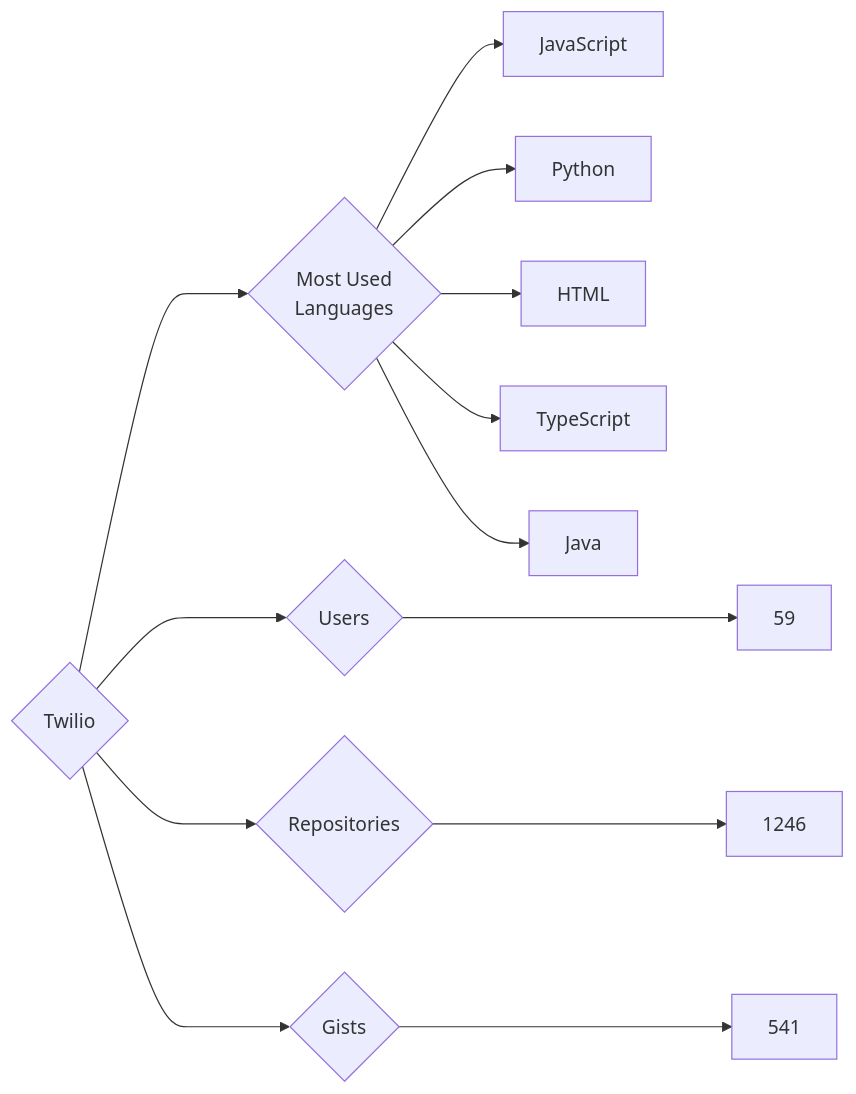
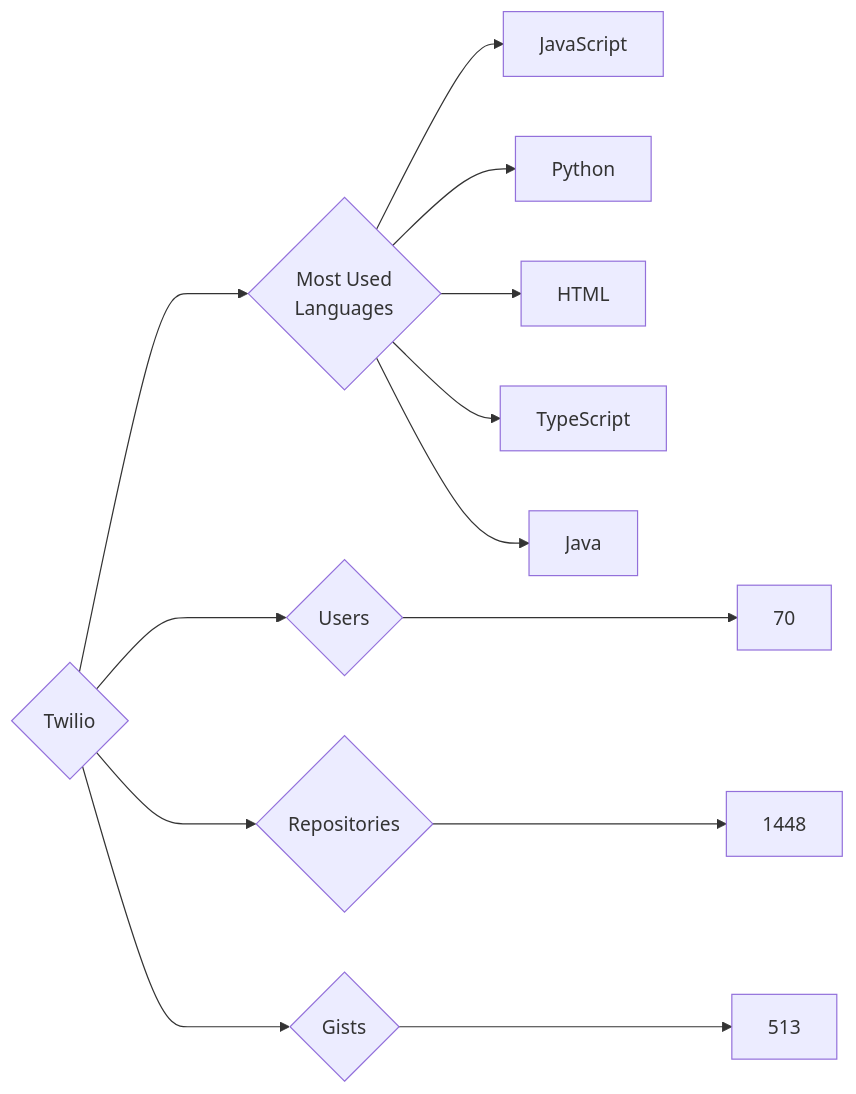
The diagram in targets/Twilio/README.md (trickest/insiders), drawn with Mermaid before and after one commit. The commit also changed 878 other files, not shown here.

````diff
--- a/targets/Twilio/README.md
+++ b/targets/Twilio/README.md
@@ -3,13 +3,13 @@
 ```mermaid
 graph LR
 COMPANY_NAME{Twilio}
-COMPANY_NAME ---> U{Users} ---> UN[59]
-COMPANY_NAME ---> R{Repositories} ---> RN[1246]
-COMPANY_NAME ---> G{Gists} ---> GN[541]
+COMPANY_NAME ---> U{Users} ---> UN[70]
+COMPANY_NAME ---> R{Repositories} ---> RN[1448]
+COMPANY_NAME ---> G{Gists} ---> GN[513]
 COMPANY_NAME ---> ML{Most Used<br>Languages}
 ML --> JavaScript[JavaScript]
 ML --> Python[Python]
 ML --> HTML[HTML]
 ML --> TypeScript[TypeScript]
 ML --> Java[Java]
 ```
````
